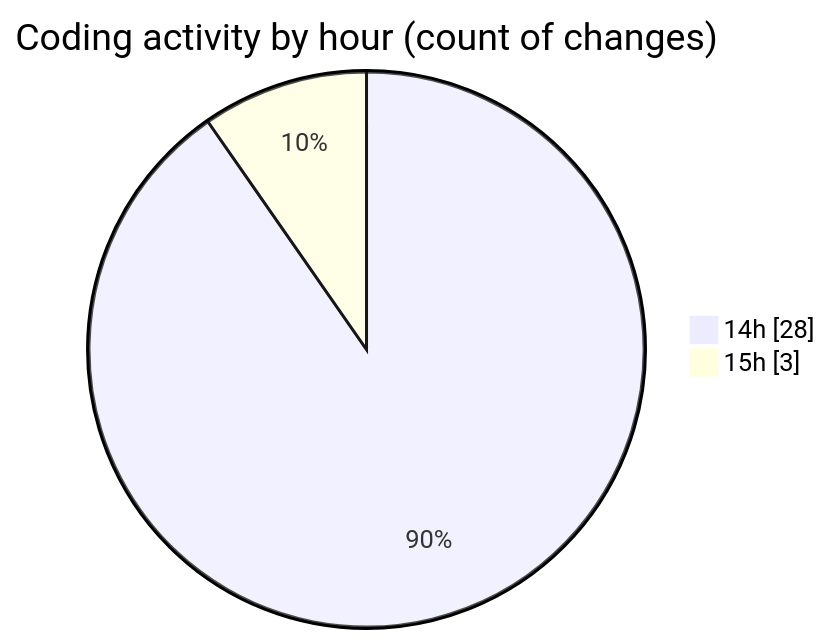
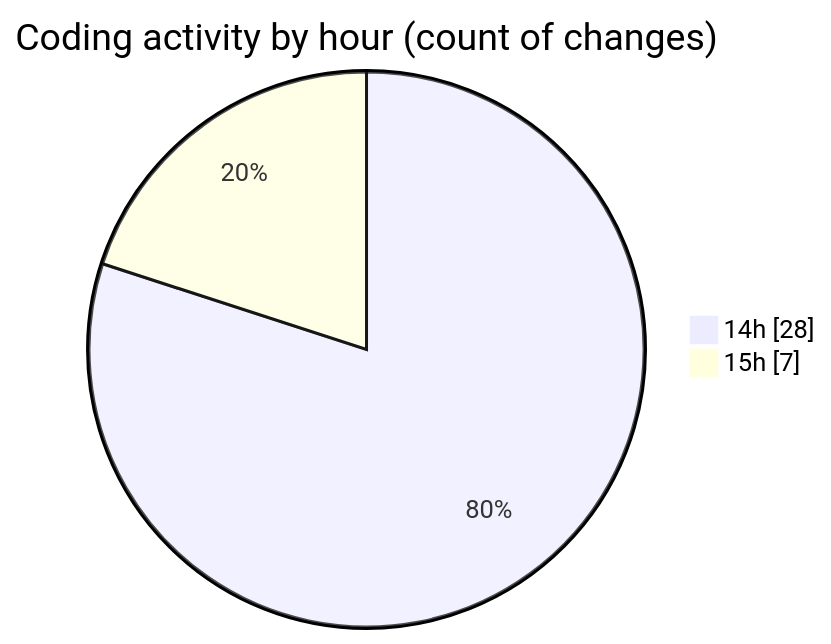
One commit to idhammustaqopulfikri/code-tracking changed the second of 2 diagrams in 2025-11-08/futsal/README.md. Above: the diagram before and after it, drawn with Mermaid. The commit also changed other lines of this file and 1 other file, not shown here.

````diff
--- a/2025-11-08/futsal/README.md
+++ b/2025-11-08/futsal/README.md
@@ -41,6 +41,6 @@
 ```mermaid
 pie showData
 title Coding activity by hour (count of changes)
 "14h" : 28
-"15h" : 3
+"15h" : 7
 ```
````
